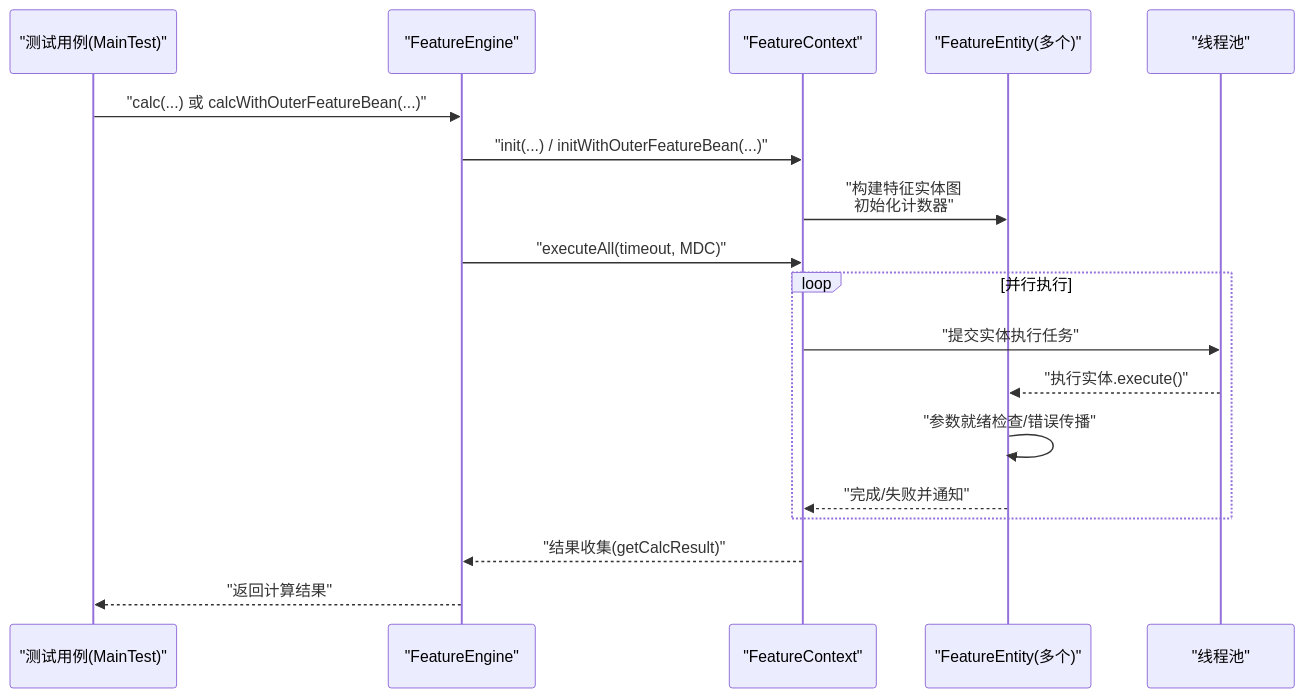
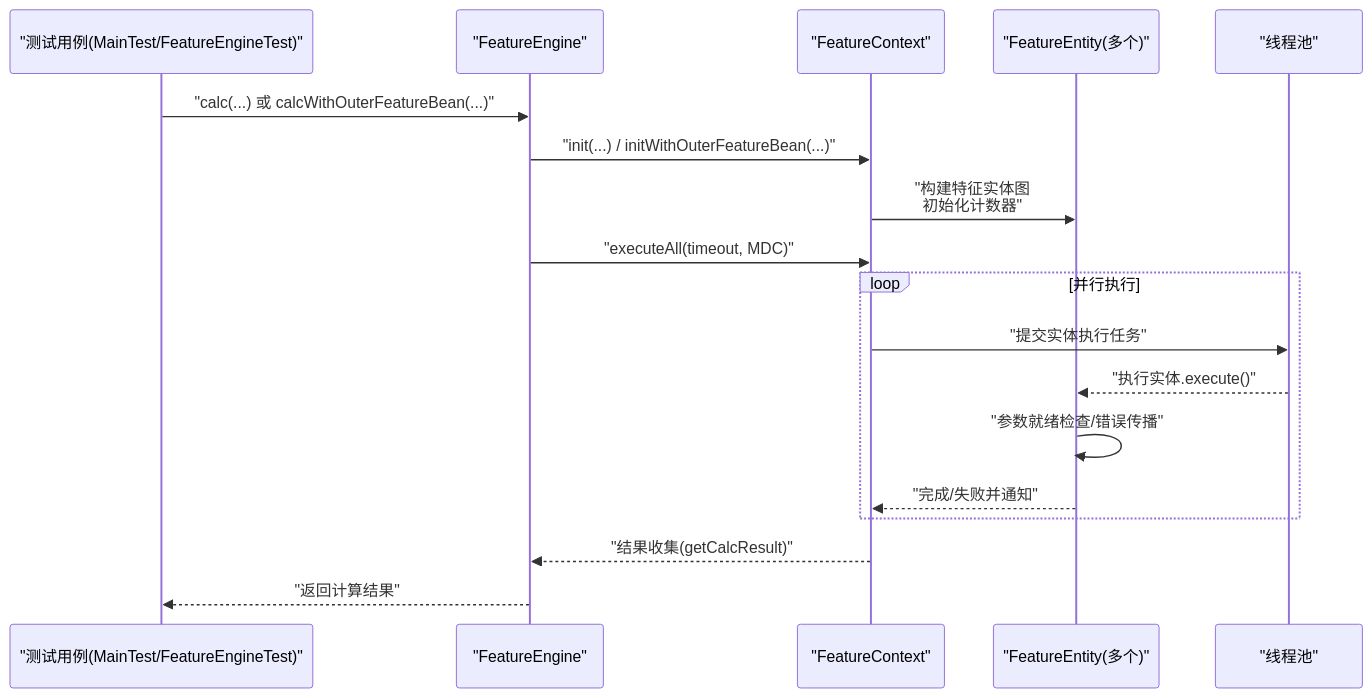
Before and after one commit to txzhanghuan/feature: the second of 3 diagrams in .qoder/repowiki/zh/content/测试与调试.md, drawn with Mermaid. The commit also changed other lines of this file and 13 other files, not shown here.

````diff
--- a/.qoder/repowiki/zh/content/测试与调试.md
+++ b/.qoder/repowiki/zh/content/测试与调试.md
@@ -105,20 +115,20 @@
 ```mermaid
 sequenceDiagram
-participant UT as "测试用例(MainTest)"
+participant UT as "测试用例(MainTest/FeatureEngineTest)"
 participant FE as "FeatureEngine"
 participant FC as "FeatureContext"
 participant ENT as "FeatureEntity(多个)"
 participant POOL as "线程池"
 UT->>FE : "calc(...) 或 calcWithOuterFeatureBean(...)"
 FE->>FC : "init(...) / initWithOuterFeatureBean(...)"
 FC->>ENT : "构建特征实体图<br/>初始化计数器"
 FE->>FC : "executeAll(timeout, MDC)"
 loop 并行执行
 FC->>POOL : "提交实体执行任务"
 POOL-->>ENT : "执行实体.execute()"
 ENT->>ENT : "参数就绪检查/错误传播"
 ENT-->>FC : "完成/失败并通知"
 end
 FC-->>FE : "结果收集(getCalcResult)"
 FE-->>UT : "返回计算结果"
 ```
````
